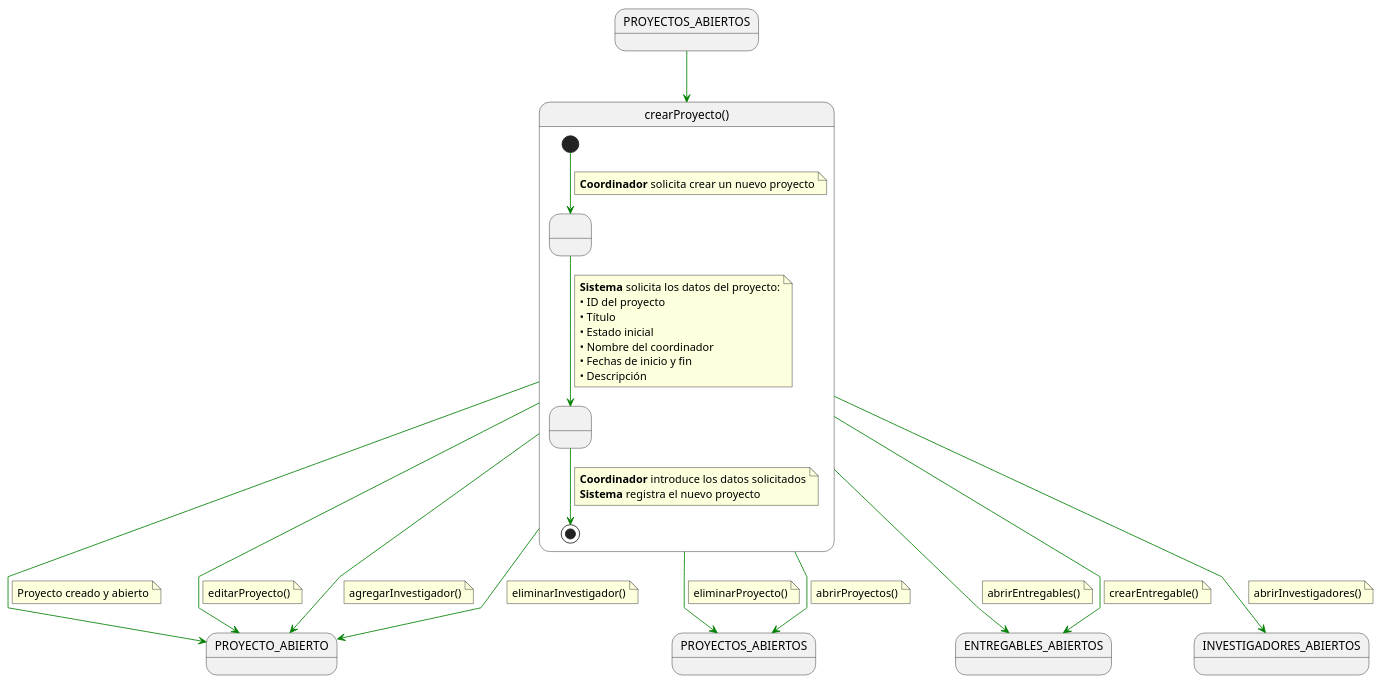
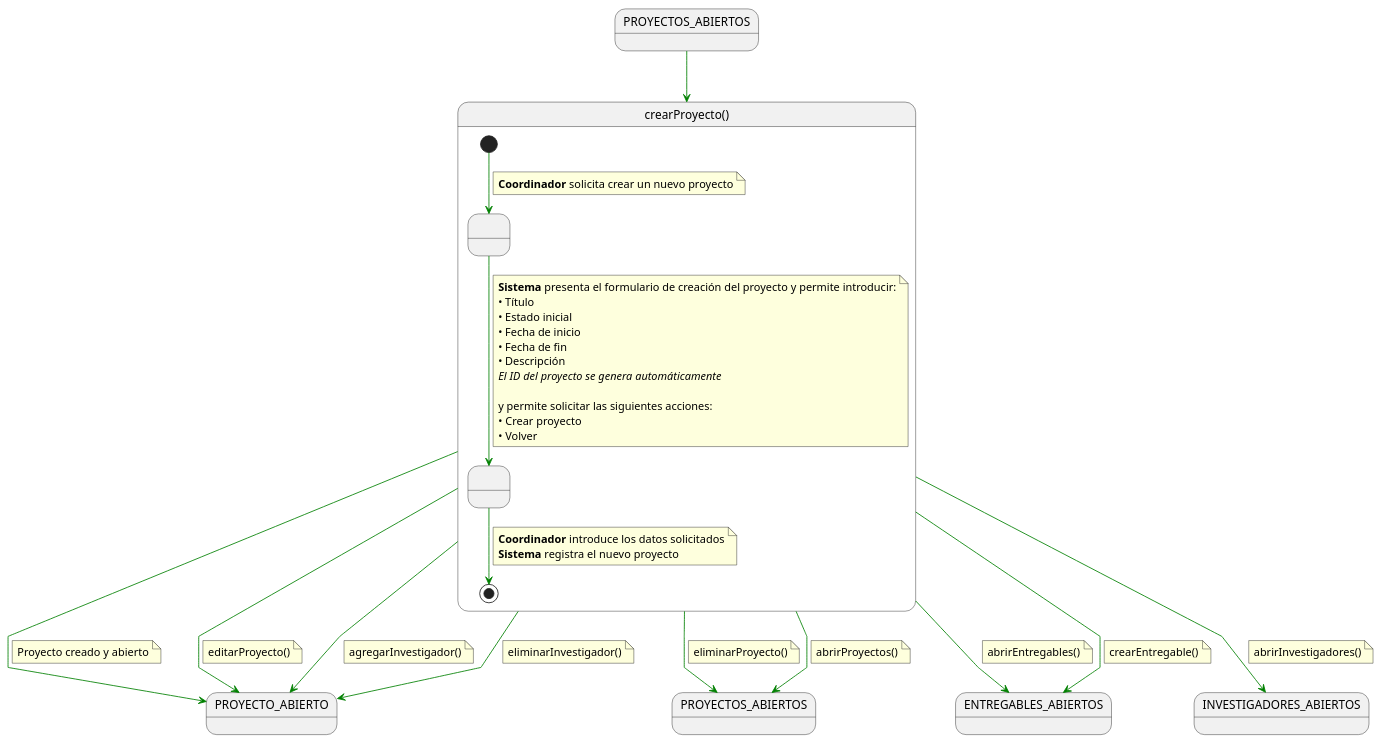
One commit to 31Diego/25-26-IdSw1-SdR changed the diagram in documents/casosDeUso/detalle/coordinador/02-gestion-proyectos/crearProyecto/crearProyecto.puml. Above: the diagram before and after it, drawn with PlantUML. The commit also changed 9 other files, not shown here.

```diff
--- a/documents/casosDeUso/detalle/coordinador/02-gestion-proyectos/crearProyecto/crearProyecto.puml
+++ b/documents/casosDeUso/detalle/coordinador/02-gestion-proyectos/crearProyecto/crearProyecto.puml
@@ -1,80 +1,84 @@
 @startuml crearProyecto
 skinparam linetype polyline
 
 state in1 as "PROYECTOS_ABIERTOS"
 in1 -[#green]-> crearProyecto
 
 state crearProyecto as "crearProyecto()" {
 
     state " " as SolicitandoDatos
     state " " as RegistrandoProyecto
 
     [*] -[#green]-> SolicitandoDatos
     note on link
     <b>Coordinador</b> solicita crear un nuevo proyecto
     end note
 
     SolicitandoDatos -[#green]-> RegistrandoProyecto
     note on link
-    <b>Sistema</b> solicita los datos del proyecto:
-    • ID del proyecto
+    <b>Sistema</b> presenta el formulario de creación del proyecto y permite introducir:
     • Título
     • Estado inicial
-    • Nombre del coordinador
-    • Fechas de inicio y fin
+    • Fecha de inicio
+    • Fecha de fin
     • Descripción
+    <i>El ID del proyecto se genera automáticamente
+
+    y permite solicitar las siguientes acciones:
+    • Crear proyecto
+    • Volver
     end note
 
     RegistrandoProyecto -[#green]-> [*]
     note on link
     <b>Coordinador</b> introduce los datos solicitados
     <b>Sistema</b> registra el nuevo proyecto
     end note
 }
 
 crearProyecto -[#green]-> PROYECTO_ABIERTO
 note on link
 Proyecto creado y abierto
 end note
 
 crearProyecto -[#green]-> PROYECTO_ABIERTO
 note on link
 editarProyecto()
 end note
 
 crearProyecto -[#green]-> PROYECTOS_ABIERTOS
 note on link
 eliminarProyecto()
 end note
 
 crearProyecto -[#green]-> PROYECTO_ABIERTO
 note on link
 agregarInvestigador()
 end note
 
 crearProyecto -[#green]-> PROYECTO_ABIERTO
 note on link
 eliminarInvestigador()
 end note
 
 crearProyecto -[#green]-> ENTREGABLES_ABIERTOS
 note on link
 abrirEntregables()
 end note
 
 crearProyecto -[#green]-> ENTREGABLES_ABIERTOS
 note on link
 crearEntregable()
 end note
 
 crearProyecto -[#green]-> INVESTIGADORES_ABIERTOS
 note on link
 abrirInvestigadores()
 end note
 
 crearProyecto -[#green]-> PROYECTOS_ABIERTOS
 note on link
 abrirProyectos()
 end note
 
 @enduml
```
